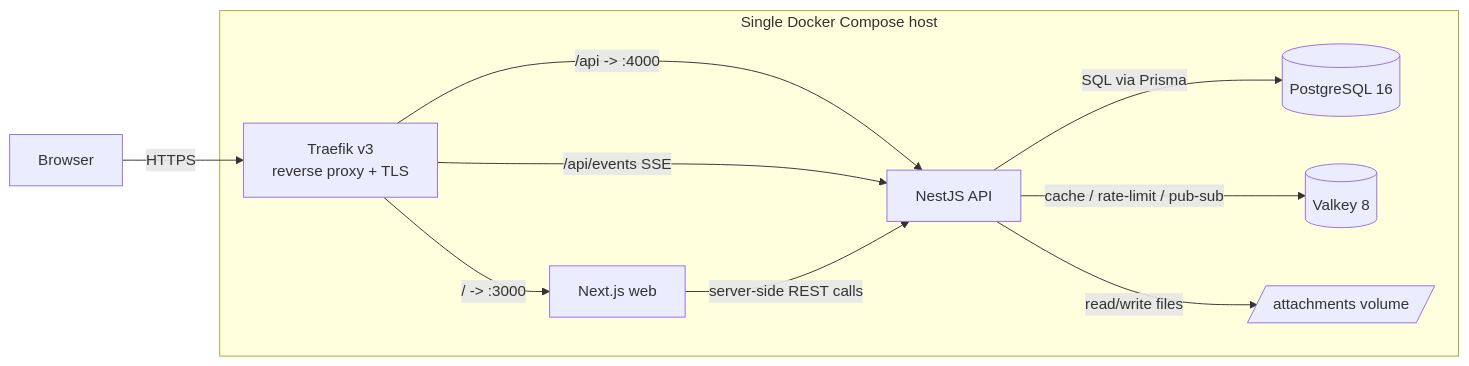
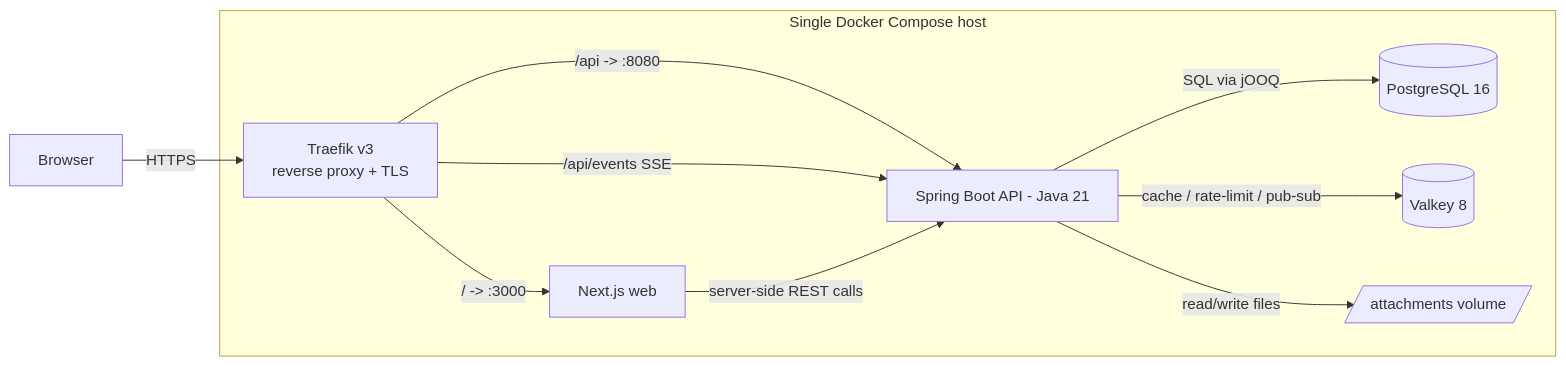
One commit to s-czw/hello-world changed the first of 2 diagrams in docs/02-architecture.md. Above: the diagram before and after it, drawn with Mermaid. The commit also changed other lines of this file and 5 other files, not shown here.

First line of the commit message:
Change API stack from NestJS to Java / Spring Boot (D-026)

````diff
--- a/docs/02-architecture.md
+++ b/docs/02-architecture.md
@@ -43,19 +40,19 @@
 ```mermaid
 flowchart LR
     B[Browser] -->|HTTPS| C[Traefik v3\nreverse proxy + TLS]
     C -->|/ -> :3000| W[Next.js web]
-    C -->|/api -> :4000| A[NestJS API]
+    C -->|/api -> :8080| A[Spring Boot API - Java 21]
     C -->|/api/events SSE| A
     W -->|server-side REST calls| A
-    A -->|SQL via Prisma| P[(PostgreSQL 16)]
+    A -->|SQL via jOOQ| P[(PostgreSQL 16)]
     A -->|cache / rate-limit / pub-sub| R[(Valkey 8)]
     A -->|read/write files| V[/attachments volume/]
     subgraph VM [Single Docker Compose host]
         C
         W
         A
         P
         R
         V
     end
 ```
````
